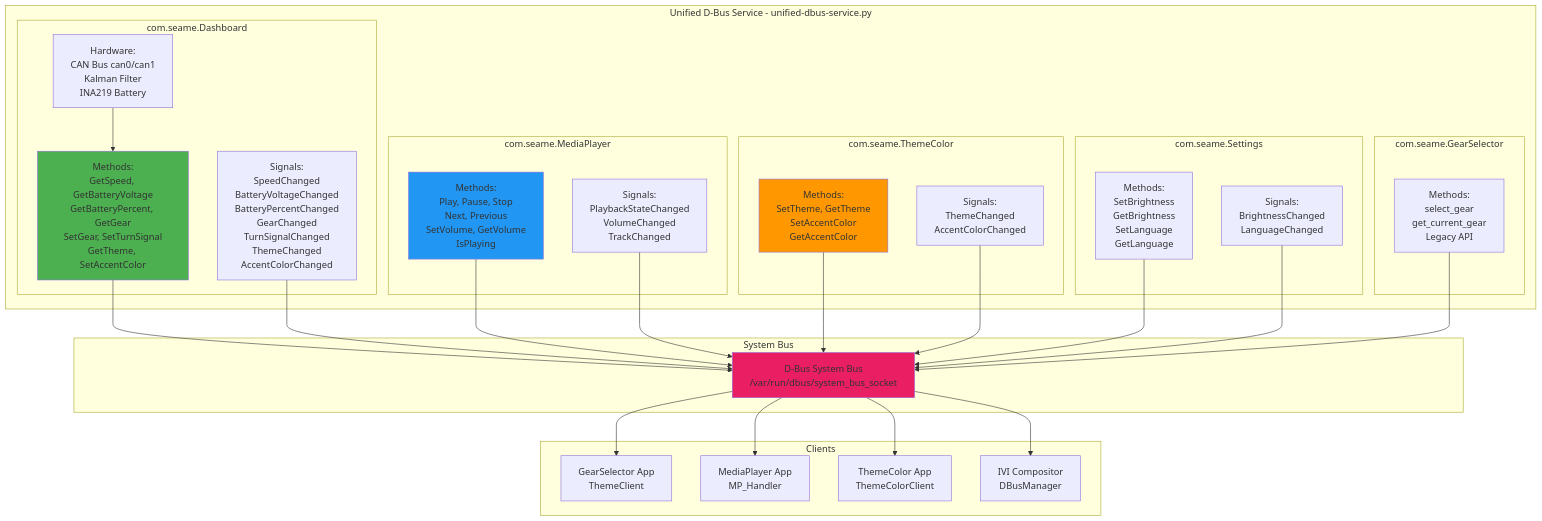
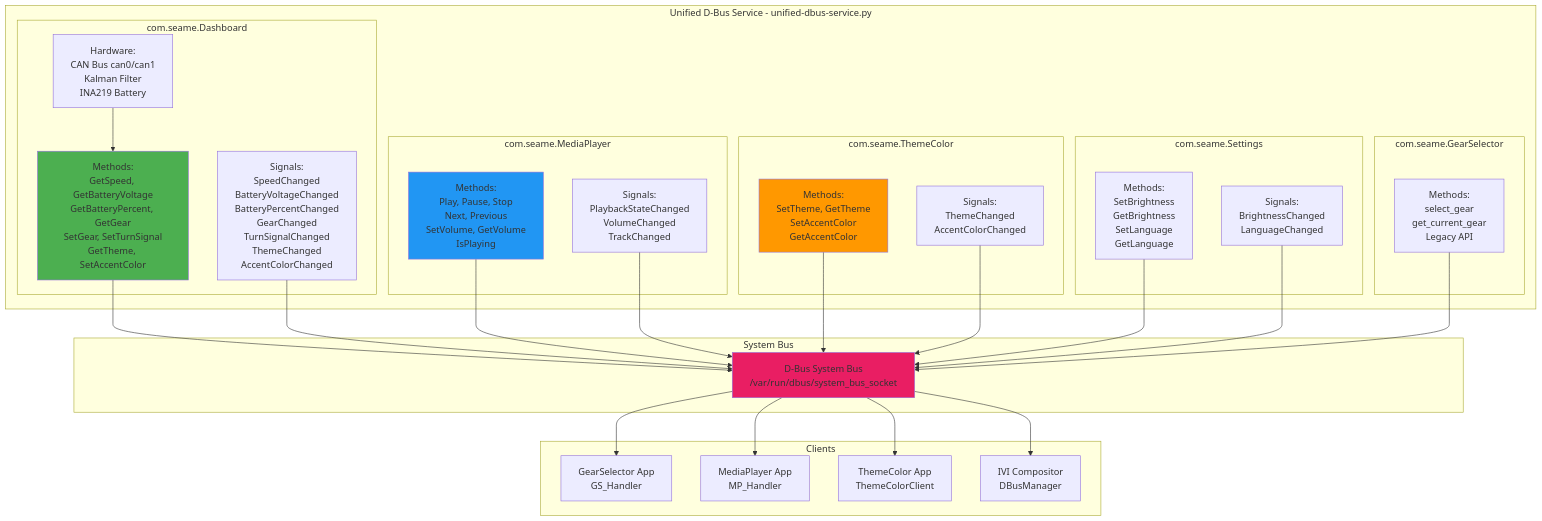
One commit to saicharansathyam/DES_Head-Unit changed the fourth of 18 diagrams in yocto/readme.md. Above: the diagram before and after it, drawn with Mermaid. The commit also changed other lines of this file, not shown here.

````diff
--- a/yocto/readme.md
+++ b/yocto/readme.md
@@ -218,65 +217,65 @@
 ```mermaid
 graph TB
     subgraph "Unified D-Bus Service - unified-dbus-service.py"
         subgraph "com.seame.Dashboard"
             DASH_METHODS[Methods:<br/>GetSpeed, GetBatteryVoltage<br/>GetBatteryPercent, GetGear<br/>SetGear, SetTurnSignal<br/>GetTheme, SetAccentColor]
             DASH_SIGNALS[Signals:<br/>SpeedChanged<br/>BatteryVoltageChanged<br/>BatteryPercentChanged<br/>GearChanged<br/>TurnSignalChanged<br/>ThemeChanged<br/>AccentColorChanged]
             DASH_HW[Hardware:<br/>CAN Bus can0/can1<br/>Kalman Filter<br/>INA219 Battery]
         end
 
         subgraph "com.seame.MediaPlayer"
             MEDIA_METHODS[Methods:<br/>Play, Pause, Stop<br/>Next, Previous<br/>SetVolume, GetVolume<br/>IsPlaying]
             MEDIA_SIGNALS[Signals:<br/>PlaybackStateChanged<br/>VolumeChanged<br/>TrackChanged]
         end
 
         subgraph "com.seame.ThemeColor"
             THEME_METHODS[Methods:<br/>SetTheme, GetTheme<br/>SetAccentColor<br/>GetAccentColor]
             THEME_SIGNALS[Signals:<br/>ThemeChanged<br/>AccentColorChanged]
         end
 
         subgraph "com.seame.Settings"
             SETTINGS_METHODS[Methods:<br/>SetBrightness<br/>GetBrightness<br/>SetLanguage<br/>GetLanguage]
             SETTINGS_SIGNALS[Signals:<br/>BrightnessChanged<br/>LanguageChanged]
         end
 
         subgraph "com.seame.GearSelector"
             GEAR_METHODS[Methods:<br/>select_gear<br/>get_current_gear<br/>Legacy API]
         end
     end
 
     subgraph "System Bus"
         SYSBUS[D-Bus System Bus<br/>/var/run/dbus/system_bus_socket]
     end
 
     subgraph "Clients"
-        APP_GS[GearSelector App<br/>ThemeClient]
+        APP_GS[GearSelector App<br/>GS_Handler]
         APP_MP[MediaPlayer App<br/>MP_Handler]
         APP_TC[ThemeColor App<br/>ThemeColorClient]
         APP_IVI[IVI Compositor<br/>DBusManager]
     end
 
     DASH_METHODS --> SYSBUS
     DASH_SIGNALS --> SYSBUS
     DASH_HW --> DASH_METHODS
 
     MEDIA_METHODS --> SYSBUS
     MEDIA_SIGNALS --> SYSBUS
 
     THEME_METHODS --> SYSBUS
     THEME_SIGNALS --> SYSBUS
 
     SETTINGS_METHODS --> SYSBUS
     SETTINGS_SIGNALS --> SYSBUS
 
     GEAR_METHODS --> SYSBUS
 
     SYSBUS --> APP_GS
     SYSBUS --> APP_MP
     SYSBUS --> APP_TC
     SYSBUS --> APP_IVI
 
     style SYSBUS fill:#E91E63
     style DASH_METHODS fill:#4CAF50
     style MEDIA_METHODS fill:#2196F3
     style THEME_METHODS fill:#FF9800
 ```
````
